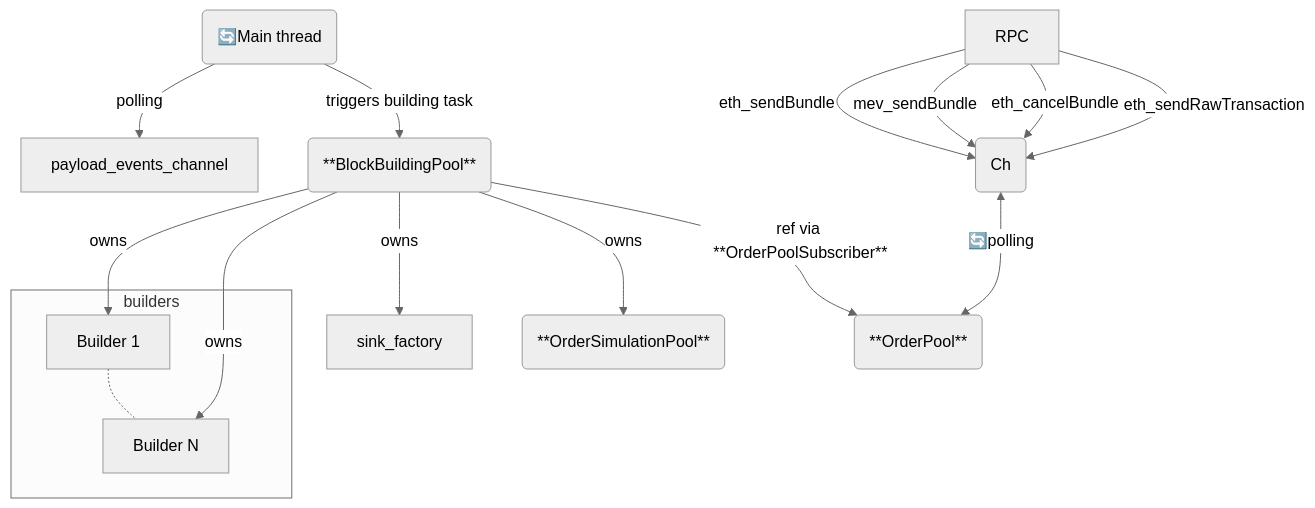
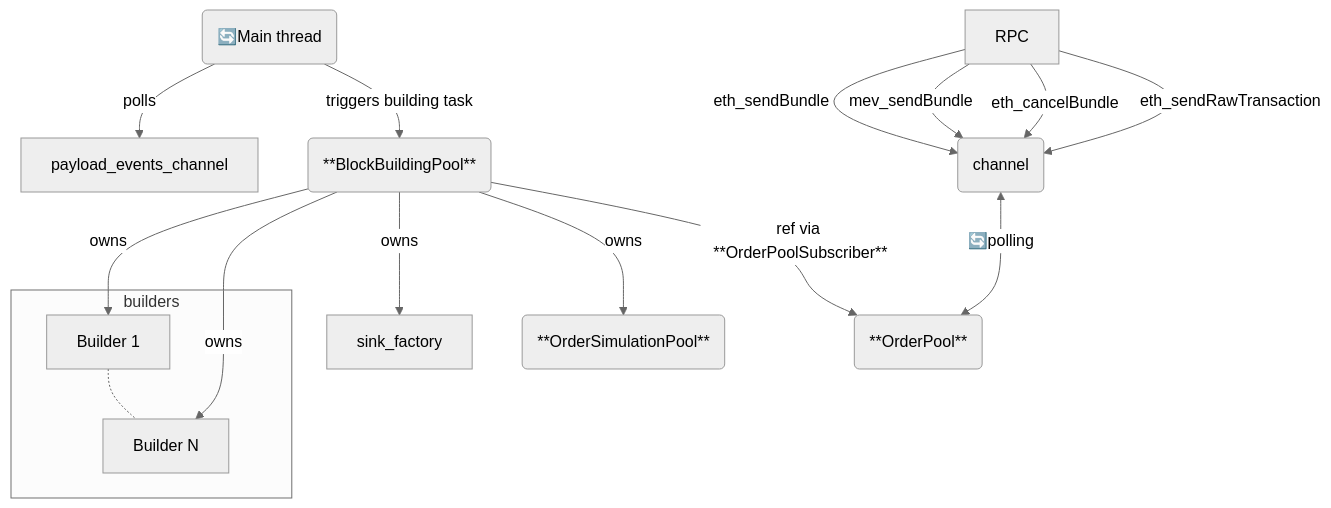
Before and after one commit to flashbots/rbuilder: the first of 2 diagrams in docs/RBUILDER_CLASSES_AND_DATAFLOW.md, drawn with Mermaid (neutral theme). The commit also changed other lines of this file, not shown here.

````diff
--- a/docs/RBUILDER_CLASSES_AND_DATAFLOW.md
+++ b/docs/RBUILDER_CLASSES_AND_DATAFLOW.md
@@ -54,29 +54,29 @@
 ```mermaid
   graph TD;
-      MainThread-- polling -->payload_events_channel
+      MainThread-- polls -->payload_events_channel
       payload_events_channel
       MainThread("🔄Main thread")
       RPC
       RPC--eth_sendBundle-->Ch1
       RPC--mev_sendBundle-->Ch1
       RPC--eth_cancelBundle-->Ch1
       RPC--eth_sendRawTransaction-->Ch1
-      Ch1("Ch")
+      Ch1("channel")
       OrderPool("**OrderPool**")
       Ch1<-- "🔄polling" -->OrderPool
       BlockBuildingPool("**BlockBuildingPool**")
       OrderSimulationPool("**OrderSimulationPool**")
       
       sink_factory
       BlockBuildingPool-- owns -->B1
       BlockBuildingPool-- owns -->BN
       BlockBuildingPool-- owns -->sink_factory
       BlockBuildingPool-- owns -->OrderSimulationPool
       BlockBuildingPool-- "ref via **OrderPoolSubscriber**" -->OrderPool
       MainThread-- triggers building task-->BlockBuildingPool
       subgraph builders
         B1[Builder 1]
         BN[Builder N]
         B1 -.- BN
       end
 ```
````
